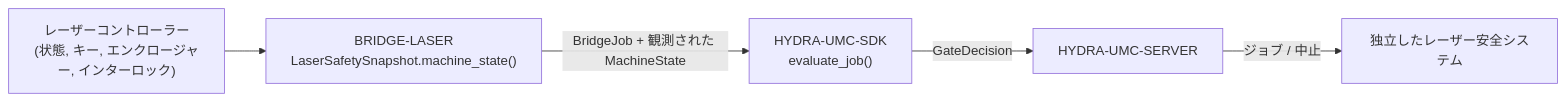
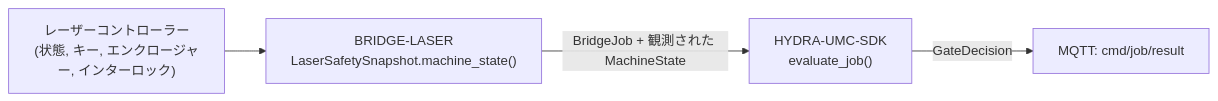
The diagram in README_jpn.md (JuanenRac/HYDRA-UMC-BRIDGE-LASER), drawn with Mermaid before and after one commit. The commit also changed other lines of this file and 26 other files, not shown here.

````diff
--- a/README_jpn.md
+++ b/README_jpn.md
@@ -50,7 +51,6 @@
 ```mermaid
 flowchart LR
     LASER["レーザーコントローラー<br/>(状態, キー, エンクロージャー, インターロック)"] --> BRIDGE["BRIDGE-LASER<br/>LaserSafetySnapshot.machine_state()"]
     BRIDGE -- "BridgeJob + 観測された MachineState" --> SDK["HYDRA-UMC-SDK<br/>evaluate_job()"]
-    SDK -- GateDecision --> SERVER["HYDRA-UMC-SERVER"]
-    SERVER -- "ジョブ / 中止" --> SAFETY["独立したレーザー安全システム"]
+    SDK -- GateDecision --> RESULT["MQTT: cmd/job/result"]
 ```
````
